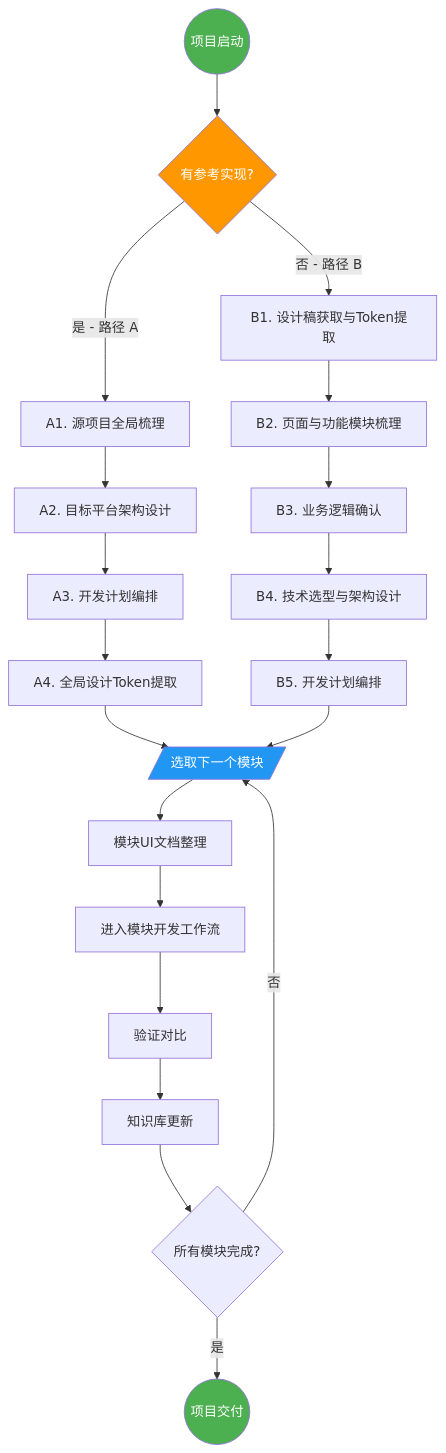
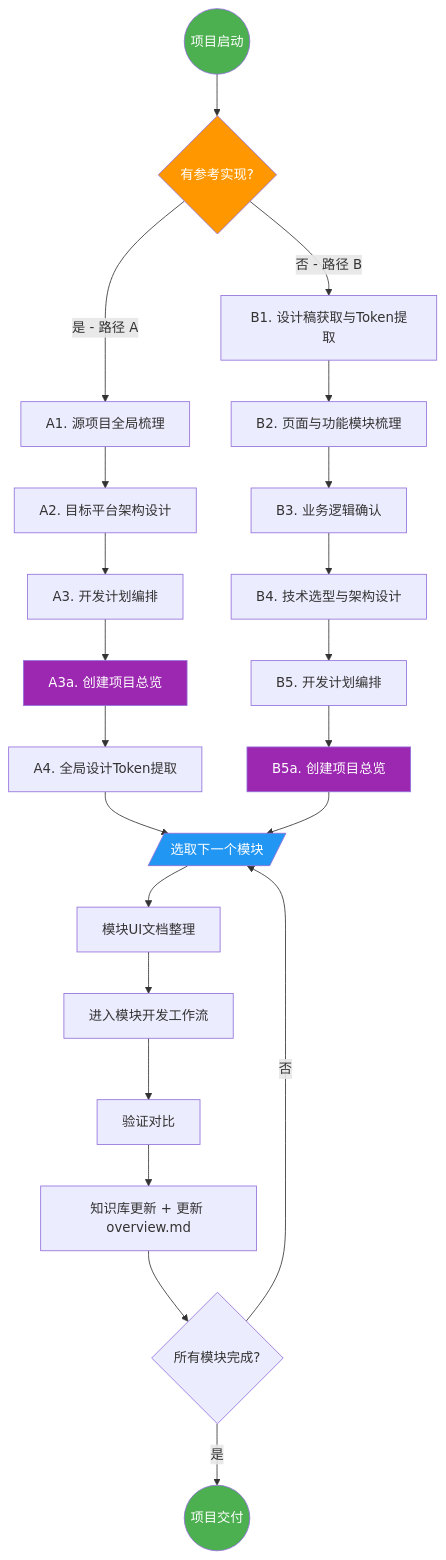
The first of 2 diagrams in guides/workflows/项目启动工作流.md (lvfaqiang/AIWorkFlowDocs), drawn with Mermaid before and after one commit. The commit also changed other lines of this file and 3 other files, not shown here.

````diff
--- a/guides/workflows/项目启动工作流.md
+++ b/guides/workflows/项目启动工作流.md
@@ -336,31 +354,35 @@
 ```mermaid
 flowchart TB
     START((项目启动)) --> JUDGE{有参考实现?}
 
     JUDGE -->|是 - 路径 A| A1[A1. 源项目全局梳理]
     A1 --> A2[A2. 目标平台架构设计]
     A2 --> A3[A3. 开发计划编排]
-    A3 --> A4[A4. 全局设计Token提取]
+    A3 --> A3a[A3a. 创建项目总览]
+    A3a --> A4[A4. 全局设计Token提取]
 
     JUDGE -->|否 - 路径 B| B1[B1. 设计稿获取与Token提取]
     B1 --> B2[B2. 页面与功能模块梳理]
     B2 --> B3[B3. 业务逻辑确认]
     B3 --> B4[B4. 技术选型与架构设计]
     B4 --> B5[B5. 开发计划编排]
+    B5 --> B5a[B5a. 创建项目总览]
 
     A4 --> LOOP
-    B5 --> LOOP
+    B5a --> LOOP
 
     LOOP[/选取下一个模块/] --> UI_DOC[模块UI文档整理]
     UI_DOC --> DEV_FLOW[进入模块开发工作流]
     DEV_FLOW --> VERIFY[验证对比]
-    VERIFY --> KB[知识库更新]
+    VERIFY --> KB["知识库更新 + 更新 overview.md"]
     KB --> DONE{所有模块完成?}
     DONE -->|否| LOOP
     DONE -->|是| FINISH((项目交付))
 
     style START fill:#4CAF50,color:#fff
     style FINISH fill:#4CAF50,color:#fff
     style JUDGE fill:#FF9800,color:#fff
     style LOOP fill:#2196F3,color:#fff
+    style A3a fill:#9C27B0,color:#fff
+    style B5a fill:#9C27B0,color:#fff
 ```
````
